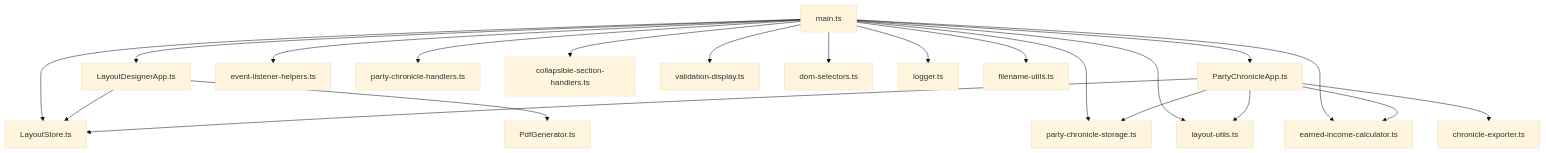
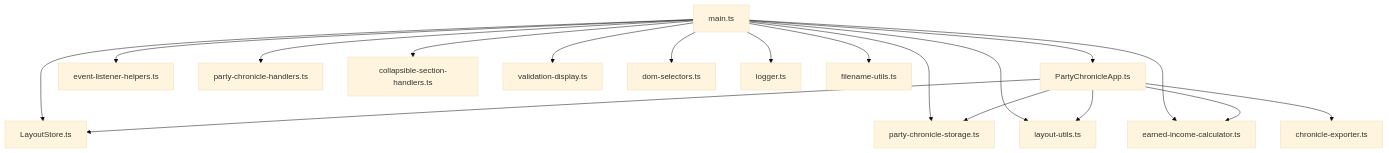
One commit to scooper4711/pfs-chronicle-generator changed the second of 13 diagrams in ARCHITECTURE.md. Above: the diagram before and after it, drawn with Mermaid (base theme). The commit also changed other lines of this file and 9 other files, not shown here.

First line of the commit message:
refactor: Remove LayoutDesignerApp and orphaned code

````diff
--- a/ARCHITECTURE.md
+++ b/ARCHITECTURE.md
@@ -164,40 +162,35 @@
 ```mermaid
 graph TD
     MAIN["main.ts"]
-    LDA["LayoutDesignerApp.ts"]
     PCA["PartyChronicleApp.ts"]
     LS["LayoutStore.ts"]
     ELH["event-listener-helpers.ts"]
     PCH["party-chronicle-handlers.ts"]
     CSH["collapsible-section-handlers.ts"]
     VD["validation-display.ts"]
     PCS["party-chronicle-storage.ts"]
     DS["dom-selectors.ts"]
     LOG["logger.ts"]
     FU["filename-utils.ts"]
     LU["layout-utils.ts"]
     EIC["earned-income-calculator.ts"]
 
     MAIN --> LS
-    MAIN --> LDA
     MAIN --> PCA
     MAIN --> ELH
     MAIN --> PCH
     MAIN --> CSH
     MAIN --> VD
     MAIN --> PCS
     MAIN --> DS
     MAIN --> FU
     MAIN --> LU
     MAIN --> EIC
     MAIN --> LOG
 
-    LDA --> LS
-    LDA --> PG["PdfGenerator.ts"]
-
     PCA --> LS
     PCA --> PCS
     PCA --> LU
     PCA --> EIC
     PCA --> CE["chronicle-exporter.ts"]
 ```
````
